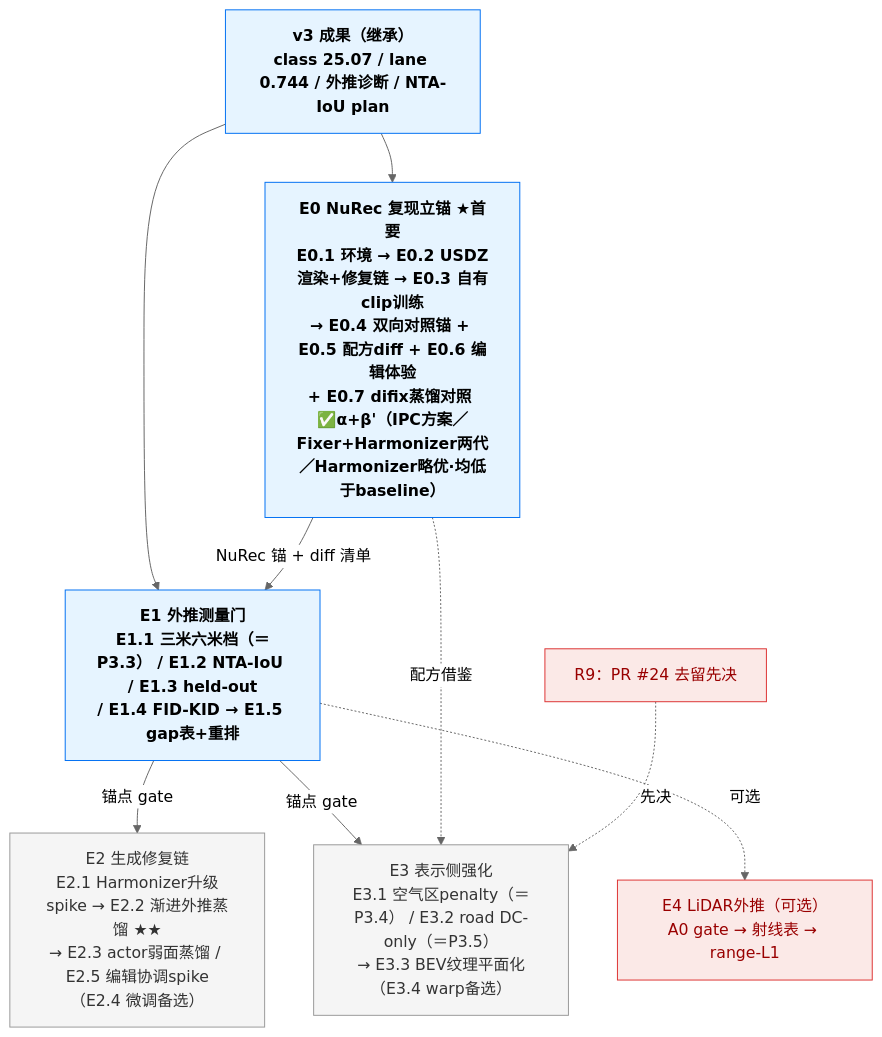
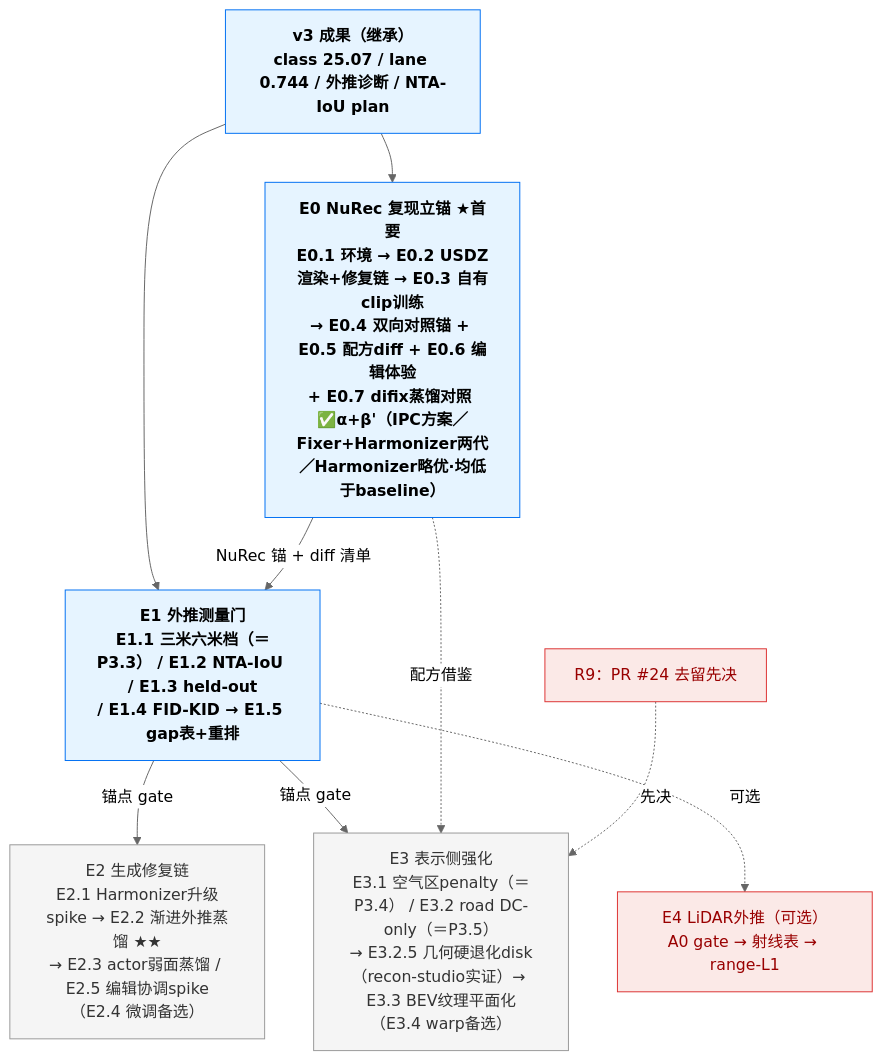
One commit to etendue/3dgrut changed the second of 2 diagrams in v4_plan.md. Above: the diagram before and after it, drawn with Mermaid (neutral theme). The commit also changed other lines of this file and 1 other file, not shown here.

````diff
--- a/v4_plan.md
+++ b/v4_plan.md
@@ -166,23 +167,23 @@
 ```mermaid
 flowchart TD
   classDef gate fill:#e6f4ff,stroke:#0070f3,color:#000,font-weight:bold
   classDef todo fill:#f5f5f5,stroke:#999,color:#333
   classDef opt fill:#fbe9e7,stroke:#d33,color:#900
 
   v3["v3 成果（继承）<br/>class 25.07 / lane 0.744 / 外推诊断 / NTA-IoU plan"]:::gate
   E0["E0 NuRec 复现立锚 ★首要<br/>E0.1 环境 → E0.2 USDZ渲染+修复链 → E0.3 自有clip训练<br/>→ E0.4 双向对照锚 + E0.5 配方diff + E0.6 编辑体验<br/>+ E0.7 difix蒸馏对照 ✅α+β'（IPC方案／Fixer+Harmonizer两代／Harmonizer略优·均低于baseline）"]:::gate
   E1["E1 外推测量门<br/>E1.1 三米六米档（＝P3.3） / E1.2 NTA-IoU / E1.3 held-out<br/>/ E1.4 FID-KID → E1.5 gap表+重排"]:::gate
   E2["E2 生成修复链<br/>E2.1 Harmonizer升级spike → E2.2 渐进外推蒸馏 ★★<br/>→ E2.3 actor弱面蒸馏 / E2.5 编辑协调spike（E2.4 微调备选）"]:::todo
-  E3["E3 表示侧强化<br/>E3.1 空气区penalty（＝P3.4） / E3.2 road DC-only（＝P3.5）<br/>→ E3.3 BEV纹理平面化（E3.4 warp备选）"]:::todo
+  E3["E3 表示侧强化<br/>E3.1 空气区penalty（＝P3.4） / E3.2 road DC-only（＝P3.5）<br/>→ E3.2.5 几何硬退化disk（recon-studio实证）→ E3.3 BEV纹理平面化（E3.4 warp备选）"]:::todo
   E4["E4 LiDAR外推（可选）<br/>A0 gate → 射线表 → range-L1"]:::opt
   PR24["R9：PR #24 去留先决"]:::opt
 
   v3 --> E0
   v3 --> E1
   E0 -->|NuRec 锚 + diff 清单| E1
   E1 -->|锚点 gate| E2
   E1 -->|锚点 gate| E3
   E0 -.配方借鉴.-> E3
   PR24 -.先决.-> E3
   E1 -.可选.-> E4
 ```
````
